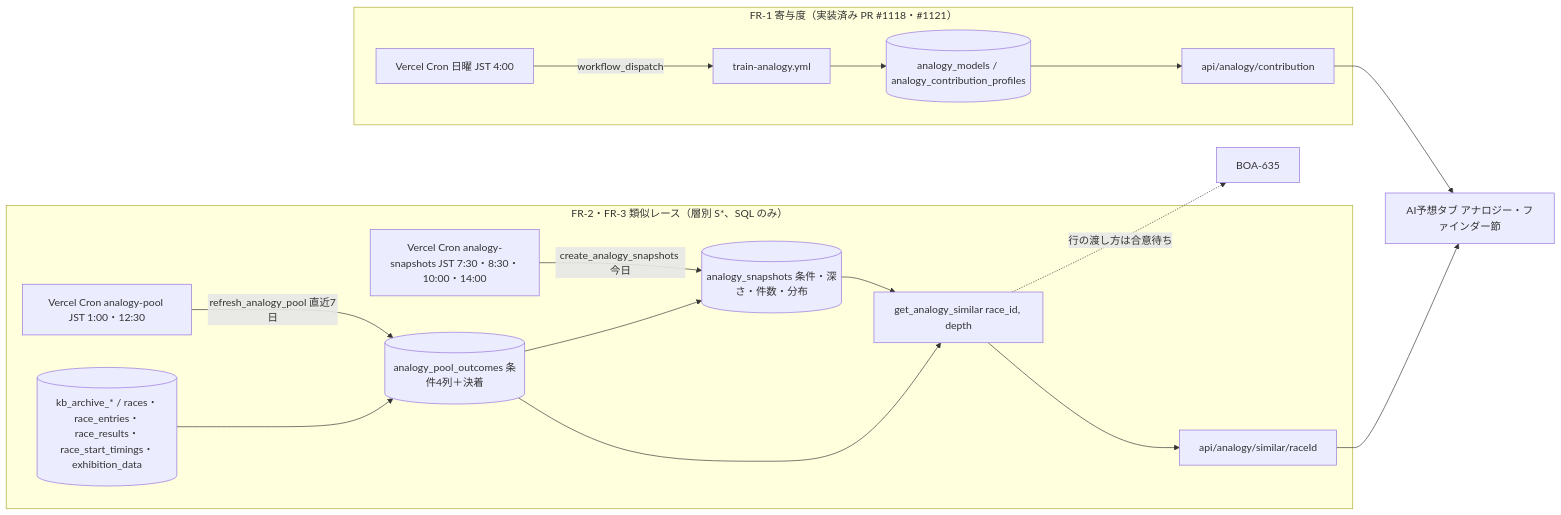
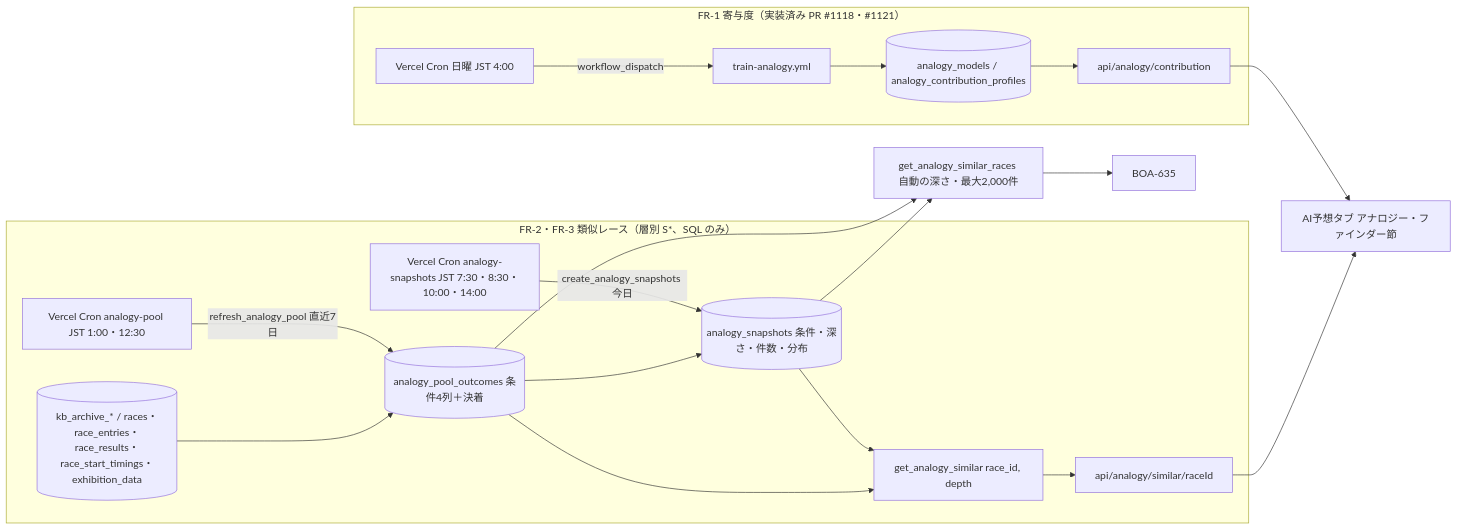
One commit to rhapsody0919/boatrace-ai-predictor changed the first of 3 diagrams in docs/design/analogy-finder/plan.md. Above: the diagram before and after it, drawn with Mermaid. The commit also changed other lines of this file and 5 other files, not shown here.

First line of the commit message:
feat: BOA-271 FR-2 119 に BOA-635 用の get_analogy_similar_races を足し、tasks を層別で書き直す

````diff
--- a/docs/design/analogy-finder/plan.md
+++ b/docs/design/analogy-finder/plan.md
@@ -11,21 +11,23 @@
 ```mermaid
 flowchart LR
   subgraph FR1["FR-1 寄与度（実装済み PR #1118・#1121）"]
     VCW[Vercel Cron 日曜 JST 4:00] -->|workflow_dispatch| GHA[train-analogy.yml]
     GHA --> W1[(analogy_models / analogy_contribution_profiles)]
     W1 --> API1[api/analogy/contribution]
   end
   subgraph FR2["FR-2・FR-3 類似レース（層別 S*、SQL のみ）"]
     SRC[(kb_archive_* / races・race_entries・race_results・race_start_timings・exhibition_data)]
     VP[Vercel Cron analogy-pool JST 1:00・12:30] -->|refresh_analogy_pool 直近7日| POOL[(analogy_pool_outcomes 条件4列＋決着)]
     SRC --> POOL
     VS[Vercel Cron analogy-snapshots JST 7:30・8:30・10:00・14:00] -->|create_analogy_snapshots 今日| SNAP[(analogy_snapshots 条件・深さ・件数・分布)]
     POOL --> SNAP
     SNAP --> RPC[get_analogy_similar race_id, depth]
     POOL --> RPC
     RPC --> API2[api/analogy/similar/raceId]
   end
   API1 --> UI[AI予想タブ アナロジー・ファインダー節]
   API2 --> UI
-  RPC -.行の渡し方は合意待ち.-> B635[BOA-635]
+  POOL --> RPC2[get_analogy_similar_races 自動の深さ・最大2,000件]
+  SNAP --> RPC2
+  RPC2 --> B635[BOA-635]
 ```
````
